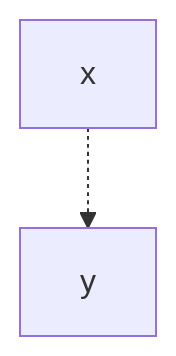
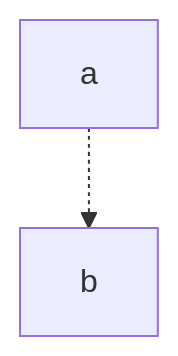
The fourth of 4 diagrams in README.md (EastDong314/EastDong314), drawn with Mermaid before and after one commit. The commit also changed other lines of this file, not shown here.

Commit message:
test: mermaid probe 2

````diff
--- a/README.md
+++ b/README.md
@@ -243,4 +225,4 @@
 ```mermaid
 flowchart TD
-    F["x"] -.-> C["y"]
+    A["a"] -.-> B["b"]
 ```
````
